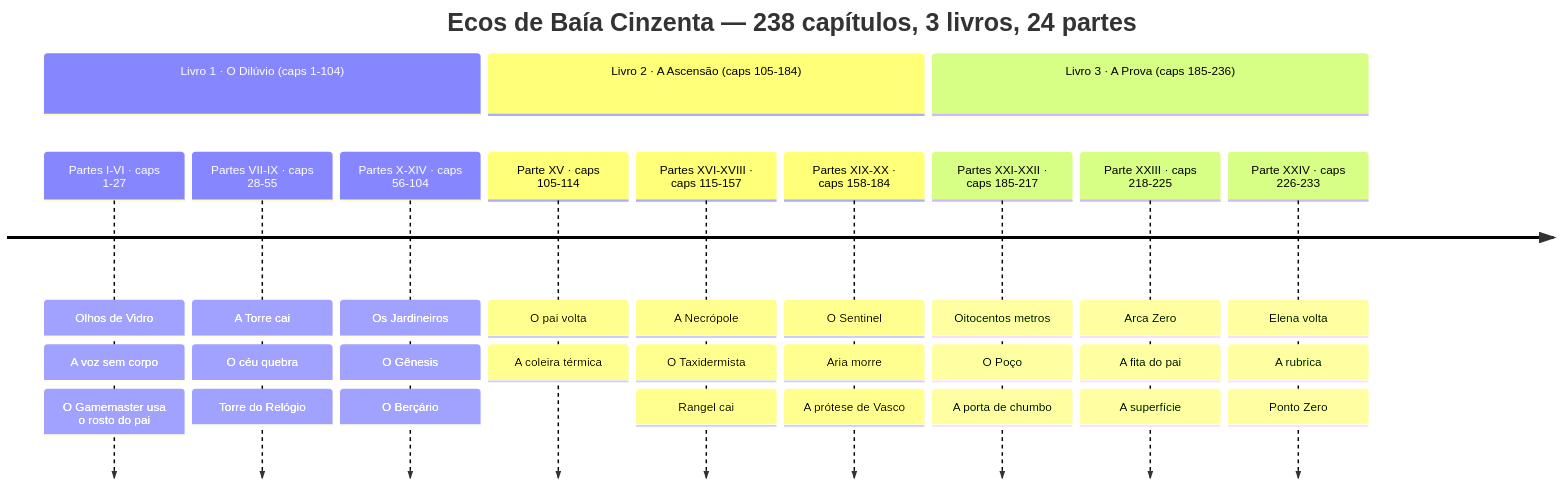
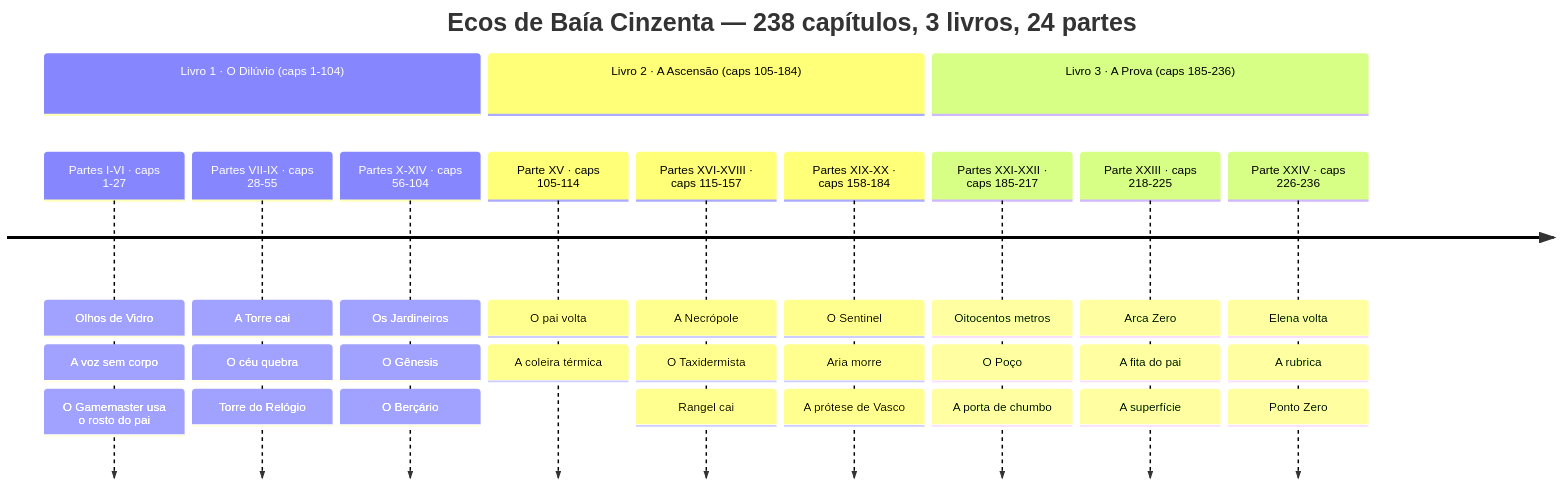
Before and after one commit to juninmd/ecos-de-baia-cinzenta: the first of 4 diagrams in docs/arcos.md, drawn with Mermaid. The commit also changed other lines of this file and 1120 other files, not shown here.

````diff
--- a/docs/arcos.md
+++ b/docs/arcos.md
@@ -16,16 +15,16 @@
 ```mermaid
 timeline
     title Ecos de Baía Cinzenta — 238 capítulos, 3 livros, 24 partes
     section Livro 1 · O Dilúvio (caps 1-104)
         Partes I-VI · caps 1-27 : Olhos de Vidro : A voz sem corpo : O Gamemaster usa o rosto do pai
         Partes VII-IX · caps 28-55 : A Torre cai : O céu quebra : Torre do Relógio
         Partes X-XIV · caps 56-104 : Os Jardineiros : O Gênesis : O Berçário
     section Livro 2 · A Ascensão (caps 105-184)
         Parte XV · caps 105-114 : O pai volta : A coleira térmica
         Partes XVI-XVIII · caps 115-157 : A Necrópole : O Taxidermista : Rangel cai
         Partes XIX-XX · caps 158-184 : O Sentinel : Aria morre : A prótese de Vasco
     section Livro 3 · A Prova (caps 185-236)
         Partes XXI-XXII · caps 185-217 : Oitocentos metros : O Poço : A porta de chumbo
         Parte XXIII · caps 218-225 : Arca Zero : A fita do pai : A superfície
-        Parte XXIV · caps 226-233 : Elena volta : A rubrica : Ponto Zero
+        Parte XXIV · caps 226-236 : Elena volta : A rubrica : Ponto Zero
 ```
````
